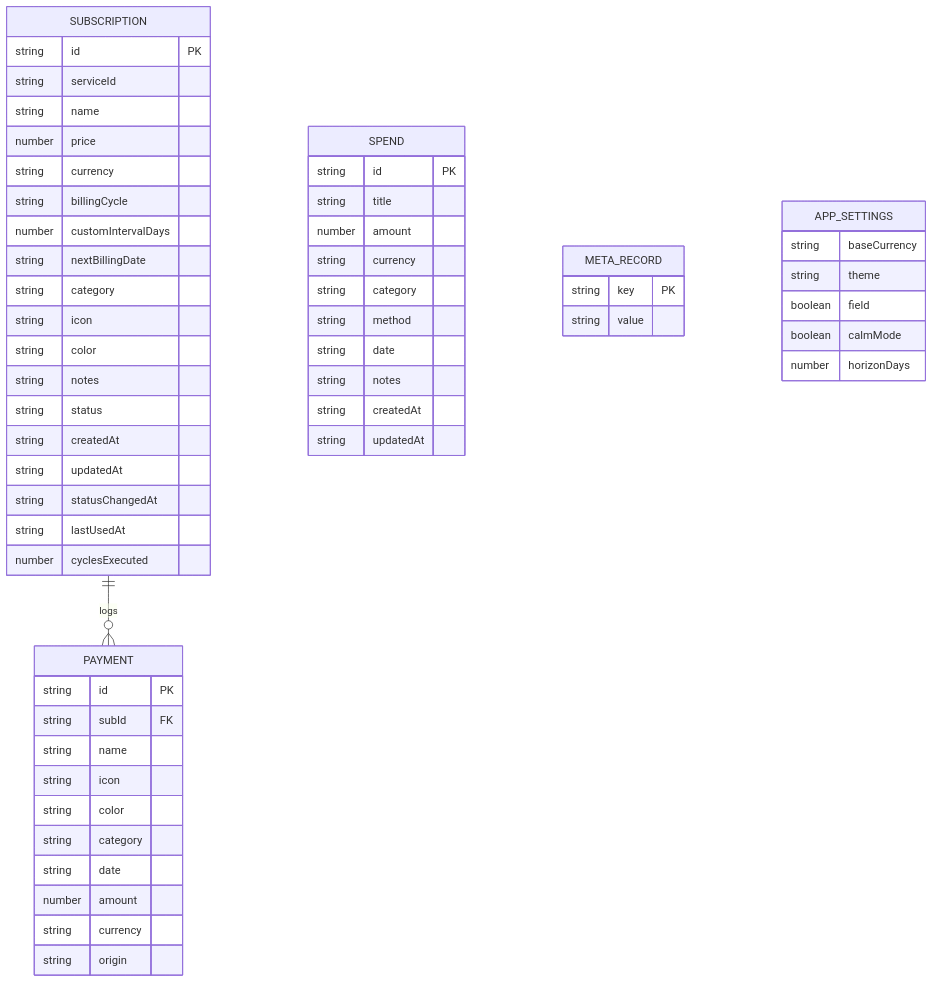
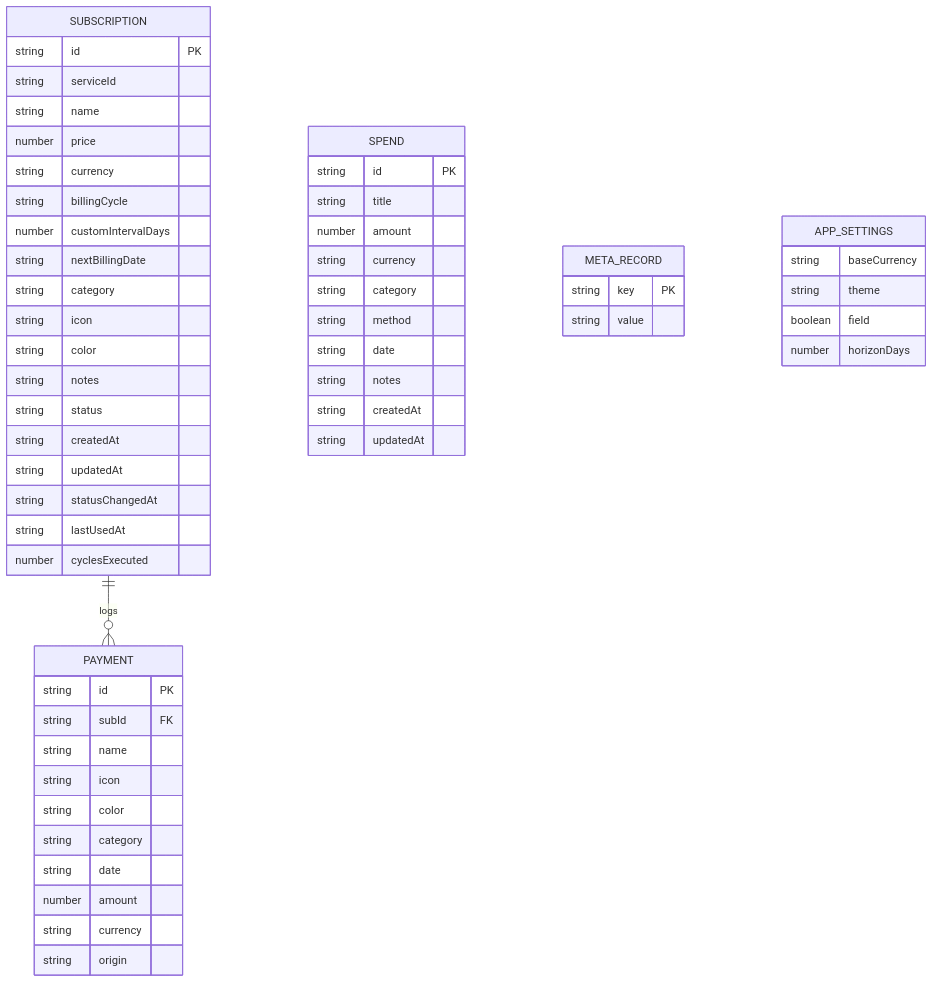
Before and after one commit to hariharen9/Subtrack: the first of 2 diagrams in AGENTS.md, drawn with Mermaid. The commit also changed 7 other files, not shown here.

````diff
--- a/AGENTS.md
+++ b/AGENTS.md
@@ -218,59 +218,58 @@
 ```mermaid
 erDiagram
     SUBSCRIPTION ||--o{ PAYMENT : logs
     SUBSCRIPTION {
         string id PK
         string serviceId
         string name
         number price
         string currency
         string billingCycle
         number customIntervalDays
         string nextBillingDate
         string category
         string icon
         string color
         string notes
         string status
         string createdAt
         string updatedAt
         string statusChangedAt
         string lastUsedAt
         number cyclesExecuted
     }
     PAYMENT {
         string id PK
         string subId FK
         string name
         string icon
         string color
         string category
         string date
         number amount
         string currency
         string origin
     }
     SPEND {
         string id PK
         string title
         number amount
         string currency
         string category
         string method
         string date
         string notes
         string createdAt
         string updatedAt
     }
     META_RECORD {
         string key PK
         string value
     }
     APP_SETTINGS {
         string baseCurrency
         string theme
         boolean field
-        boolean calmMode
         number horizonDays
     }
 ```
````
